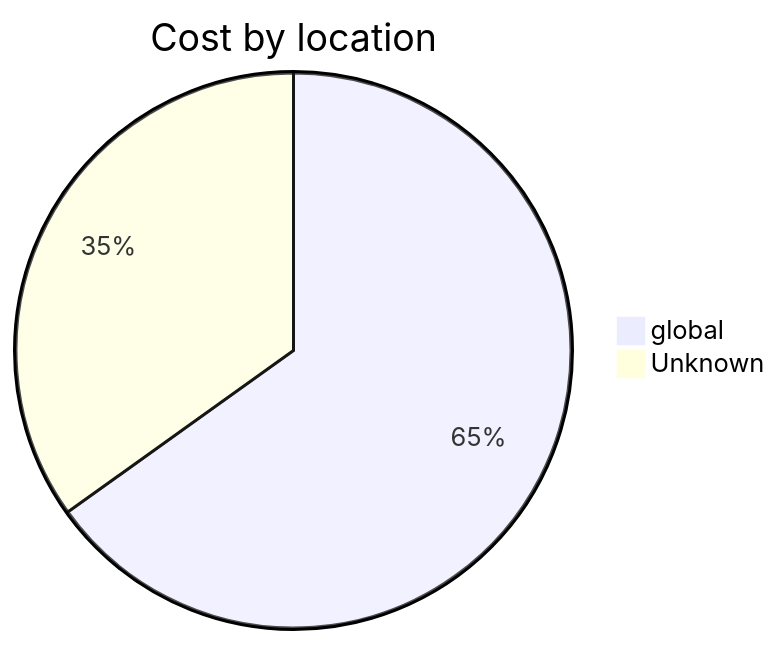
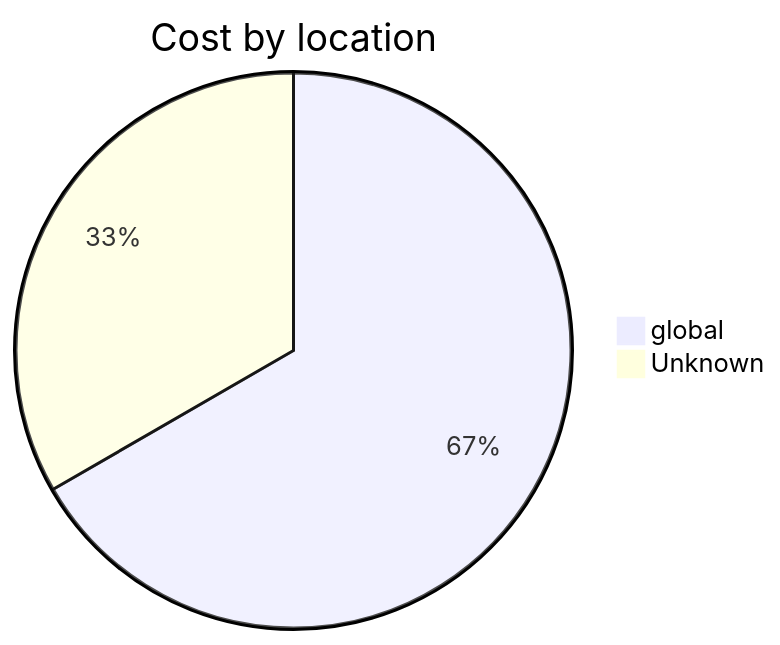
The third of 4 diagrams in cost-reports/personal-dns/jpatrickfulton.dev.md (jpfulton/azure-personal-reports), drawn with Mermaid before and after one commit. The commit also changed other lines of this file and 2 other files, not shown here.

````diff
--- a/cost-reports/personal-dns/jpatrickfulton.dev.md
+++ b/cost-reports/personal-dns/jpatrickfulton.dev.md
@@ -108,6 +108,6 @@
 ```mermaid
 pie
    title Cost by location
-   "global" : 0.28
+   "global" : 0.30
    "Unknown" : 0.15
 ```
````
